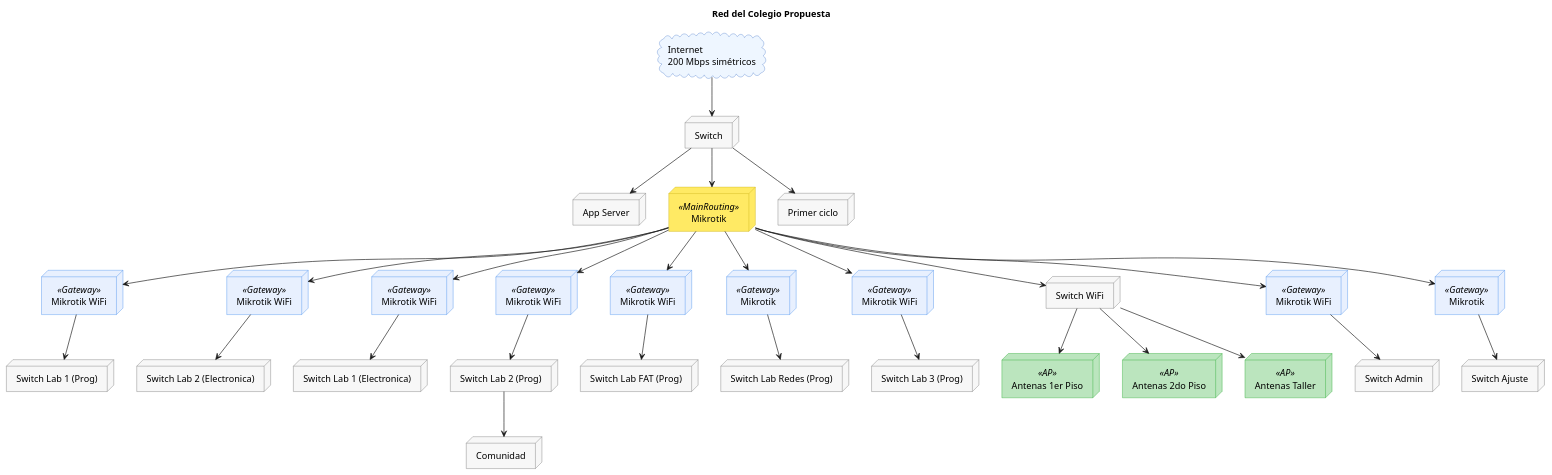
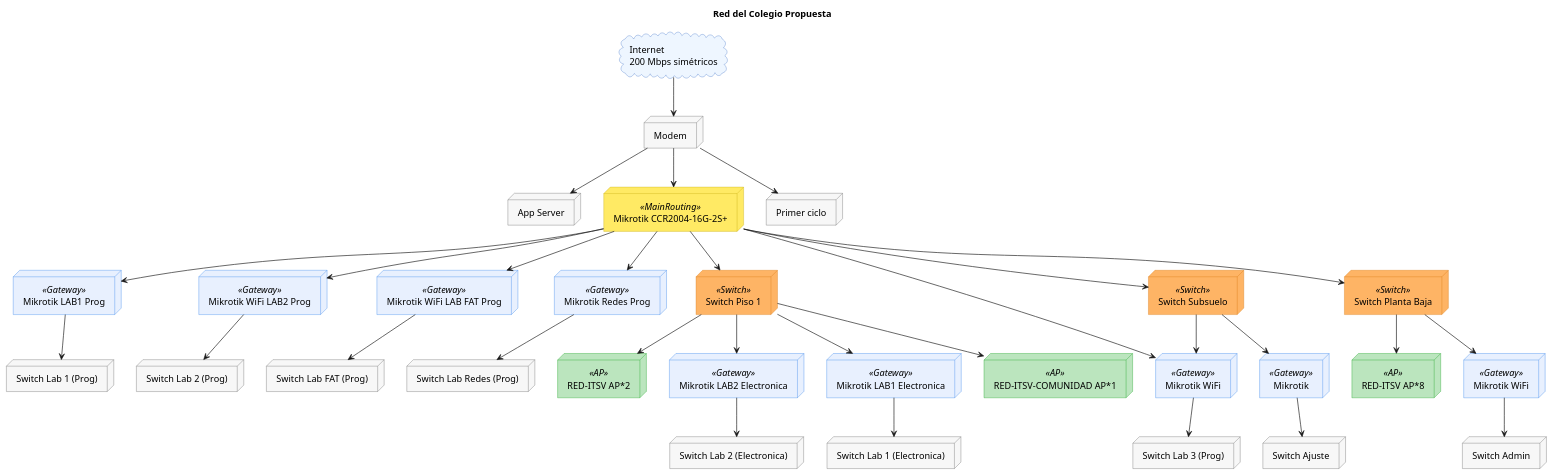
Before and after one commit to MateMar04/Red-ITSV: the diagram in PresentacionDeProyecto/Diagramas/red_esperada.wsd, drawn with PlantUML. The commit also changed 1 other file, not shown here.

```diff
--- a/PresentacionDeProyecto/Diagramas/red_esperada.wsd
+++ b/PresentacionDeProyecto/Diagramas/red_esperada.wsd
@@ -1,122 +1,135 @@
 @startuml red_nueva
 skinparam backgroundColor #ffffff
 skinparam shadowing false
 
 skinparam node {
   BackgroundColor #f7f7f7
   BorderColor #555555
 }
 skinparam cloud {
   BackgroundColor #eef6ff
   BorderColor #356ac3
 }
 skinparam rectangle {
   BackgroundColor #fefefe
   BorderColor #888
 }
 
 skinparam node<<Gateway>> {
   BackgroundColor #e8f0fe
   BorderColor #1a73e8
 }
 
 skinparam node<<MainRouting>> {
   BackgroundColor #ffdd009b
   BorderColor #bda400ff
 }
 
+skinparam node<<Switch>> {
+  BackgroundColor #fea546d3
+  BorderColor #d47006ff
+}
+
 skinparam node<<AP>> {
   BackgroundColor #019f0e44
   BorderColor #009c0dFF
 }
 
 title Red del Colegio Propuesta
 
 cloud "Internet\n200 Mbps simétricos" as inet
 
-node "Switch" as sw
+node "Modem" as modem
 
 node "App Server" as app_srv
 
-node "Mikrotik" as sw_inet <<MainRouting>>
+node "Mikrotik CCR2004-16G-2S+" as sw_inet <<MainRouting>>
 
 node "Primer ciclo" as primer_ciclo
 
 node "Switch Lab 1 (Prog)" as lab1_prog
 
-node "Mikrotik WiFi" as mt_lab1_prog <<Gateway>>
+node "Mikrotik LAB1 Prog" as mt_lab1_prog <<Gateway>>
 
-node "Mikrotik WiFi" as mt_lab2_electronica <<Gateway>>
+node "Mikrotik LAB2 Electronica" as mt_lab2_electronica <<Gateway>>
 
-node "Mikrotik WiFi" as mt_lab1_electronica <<Gateway>>
+node "Mikrotik LAB1 Electronica" as mt_lab1_electronica <<Gateway>>
 
 node "Switch Lab 2 (Electronica)" as lab2_electronica
 
 node "Switch Lab 1 (Electronica)" as lab1_electronica
 
 node "Switch Lab 2 (Prog)" as lab2_prog
 
 node "Switch Lab FAT (Prog)" as lab_fat_prog
 
 node "Switch Lab Redes (Prog)" as lab_redes_prog
 
-node "Mikrotik WiFi" as mt_lab2_prog <<Gateway>>
+node "Mikrotik WiFi LAB2 Prog" as mt_lab2_prog <<Gateway>>
 
-node "Mikrotik WiFi" as mt_fat_prog  <<Gateway>>
+node "Mikrotik WiFi LAB FAT Prog" as mt_fat_prog  <<Gateway>>
 
-node "Mikrotik" as mt_redes_prog <<Gateway>>
+node "Mikrotik Redes Prog" as mt_redes_prog <<Gateway>>
 
 node "Switch Lab 3 (Prog)" as lab3_prog
 
 node "Switch Ajuste" as lab_ajuste
 
 node "Mikrotik WiFi" as mt_lab3_prog <<Gateway>>
 
 node "Switch Admin" as sw_admin
 
-node "Switch WiFi" as wifi
+node "RED-ITSV-COMUNIDAD AP*1" as comunidad <<AP>>
 
-node "Comunidad" as comunidad
+node "RED-ITSV AP*2" as red_itsv_p1 <<AP>>
+
+node "RED-ITSV AP*8" as red_itsv_pB <<AP>>
 
 node "Mikrotik WiFi" as mt_admin <<Gateway>>
 
 node "Mikrotik" as mt_ajuste <<Gateway>>
 
-node "Antenas 1er Piso" as ant_1p <<AP>>
+node "Switch Piso 1" as sw_piso1  <<Switch>>
 
-node "Antenas 2do Piso" as ant_2p <<AP>>
+node "Switch Planta Baja" as sw_pisoPB <<Switch>>
 
-node "Antenas Taller" as ant_taller <<AP>>
+node "Switch Subsuelo" as sw_subsuelo <<Switch>>
 
-inet -d-> sw
-sw -d-> app_srv
-sw -d-> sw_inet
-sw -d-> primer_ciclo
+
+inet -d-> modem
+modem -d-> app_srv
+modem -d-> sw_inet
+modem -d-> primer_ciclo
 
 sw_inet -d-> mt_lab2_prog
 sw_inet -d-> mt_fat_prog
 sw_inet -d-> mt_lab3_prog
-sw_inet -d-> mt_admin
 sw_inet -d-> mt_redes_prog
-sw_inet -d-> wifi
+sw_inet -d-> sw_piso1
+sw_inet -d-> sw_pisoPB
+sw_inet -d-> sw_subsuelo
 sw_inet -d-> mt_lab1_prog
-sw_inet -d-> mt_lab2_electronica
-sw_inet -d-> mt_lab1_electronica
-sw_inet -d-> mt_ajuste
 
-mt_lab1_electronica -d-> lab1_electronica
+
 mt_lab1_prog -d-> lab1_prog
 mt_lab2_electronica -d-> lab2_electronica
+mt_lab1_electronica -d-> lab1_electronica
 mt_fat_prog -d-> lab_fat_prog
 mt_lab2_prog -d-> lab2_prog
 mt_redes_prog -d-> lab_redes_prog
 mt_lab3_prog -d-> lab3_prog
 mt_ajuste -d-> lab_ajuste
 mt_admin -d-> sw_admin
 
-lab2_prog -d-> comunidad
+sw_piso1 -d-> comunidad
+sw_piso1 -d-> mt_lab2_electronica
+sw_piso1 -d-> mt_lab1_electronica
+sw_piso1 -d-> red_itsv_p1
 
-wifi -d-> ant_1p
-wifi -d-> ant_2p
-wifi -d-> ant_taller
+sw_pisoPB -d-> red_itsv_pB
+sw_pisoPB -d-> mt_admin
+
+sw_subsuelo -d-> mt_ajuste
+sw_subsuelo -d-> mt_lab3_prog
+
 @enduml
```
